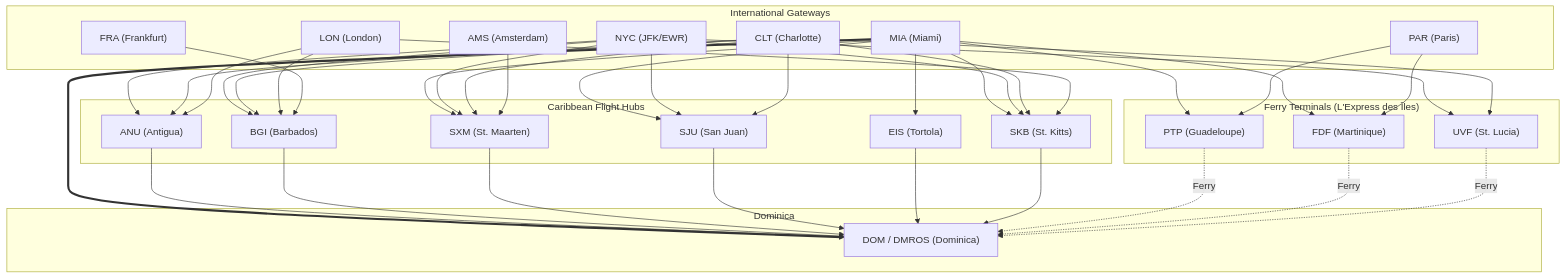
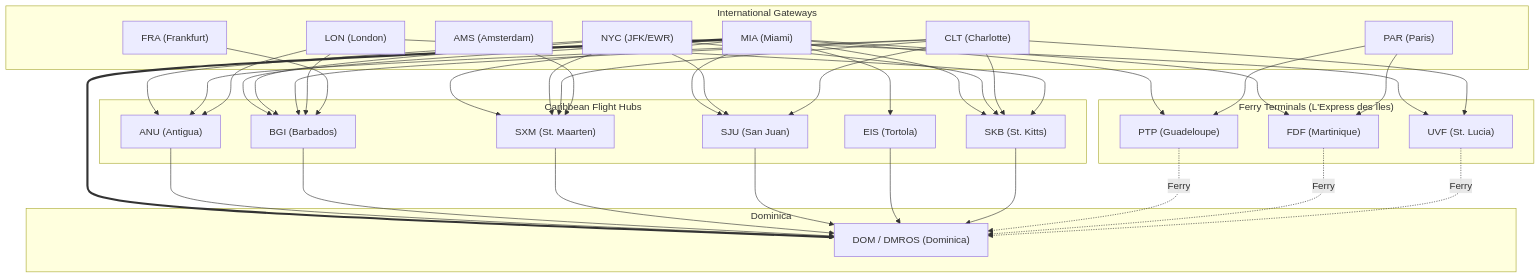
Before and after one commit to rajivghandi767/prop-and-ferry: the diagram in README.md, drawn with Mermaid. The commit also changed other lines of this file and 4 other files, not shown here.

````diff
--- a/README.md
+++ b/README.md
@@ -94,43 +96,43 @@
 ```mermaid
 flowchart TD
     subgraph Gateways["International Gateways"]
         NYC["NYC (JFK/EWR)"]
         MIA["MIA (Miami)"]
         CLT["CLT (Charlotte)"]
         LON["LON (London)"]
         PAR["PAR (Paris)"]
         AMS["AMS (Amsterdam)"]
         FRA["FRA (Frankfurt)"]
     end
 
     subgraph Hubs["Caribbean Flight Hubs"]
         ANU["ANU (Antigua)"]
         BGI["BGI (Barbados)"]
         SXM["SXM (St. Maarten)"]
         SJU["SJU (San Juan)"]
         EIS["EIS (Tortola)"]
         SKB["SKB (St. Kitts)"]
     end
 
     subgraph Ferries["Ferry Terminals (L'Express des Îles)"]
         PTP["PTP (Guadeloupe)"]
         FDF["FDF (Martinique)"]
         UVF["UVF (St. Lucia)"]
     end
 
     subgraph Target["Dominica"]
         DOM["DOM / DMROS (Dominica)"]
     end
 
     MIA ==> DOM
-    MIA --> EIS & SJU & SXM & SKB & PTP & FDF
+    MIA --> EIS & SJU & SXM & SKB & BGI & PTP & FDF
     NYC --> ANU & BGI & UVF & SJU & SXM & SKB
     CLT --> ANU & BGI & UVF & SJU & SXM & SKB
     LON --> ANU & BGI & SKB
     PAR --> PTP & FDF
     AMS --> SXM
     FRA --> BGI
 
     ANU & BGI & SXM & SJU & EIS & SKB --> DOM
     PTP & FDF & UVF -. "Ferry" .-> DOM
 ```
````
